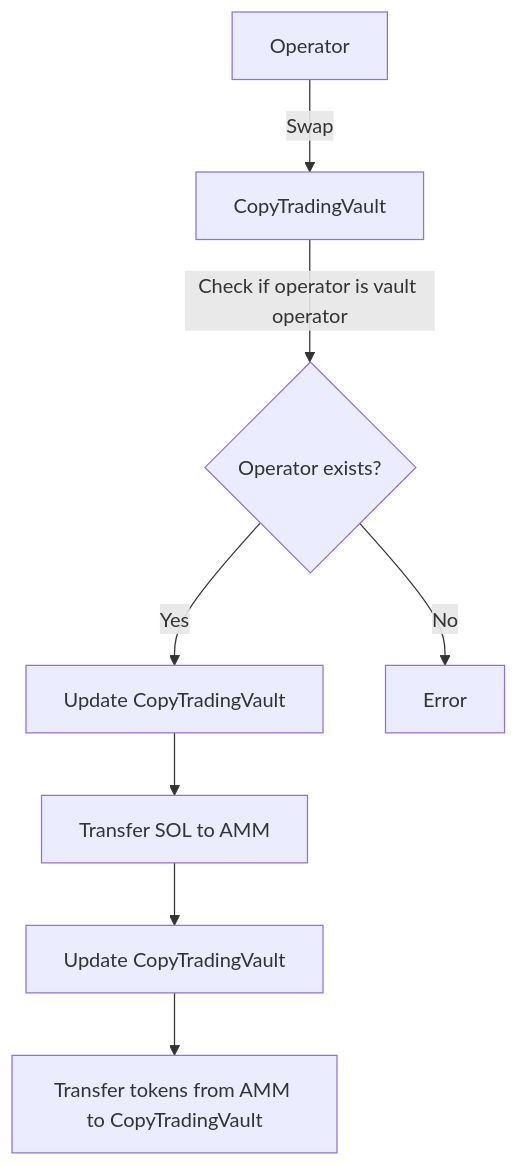
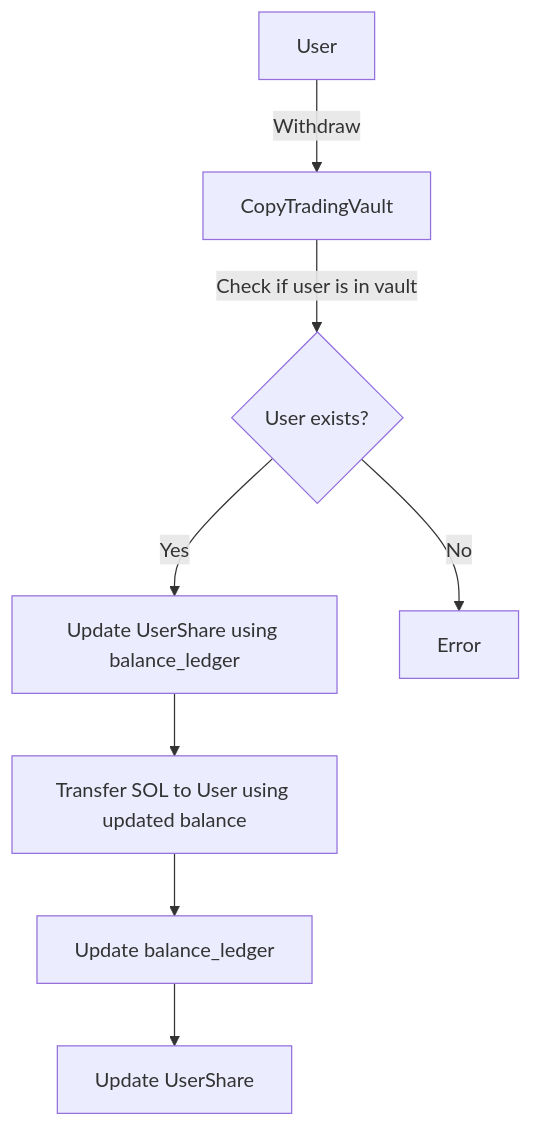
One commit to n3m6/Q2_25_Builder_Faraz changed the fifth of 5 diagrams in docs/Architecture.md. Above: the diagram before and after it, drawn with Mermaid. The commit also changed other lines of this file and 1 other file, not shown here.

````diff
--- a/docs/Architecture.md
+++ b/docs/Architecture.md
@@ -94,10 +112,10 @@
 ```mermaid
 flowchart TD
-    A[Operator] -->|Swap| B[CopyTradingVault]
-    B -->|Check if operator is vault operator| C{Operator exists?}
-    C -->|Yes| D[Update CopyTradingVault]
+    A[User] -->|Withdraw| B[CopyTradingVault]
+    B -->|Check if user is in vault| C{User exists?}
+    C -->|Yes| D[Update UserShare using balance_ledger]
     C -->|No| E[Error]
-    D --> F[Transfer SOL to AMM]
-    F --> G[Update CopyTradingVault]
-    G --> H[Transfer tokens from AMM to CopyTradingVault]
+    D --> F[Transfer SOL to User using updated balance]
+    F --> G[Update balance_ledger]
+    G --> H[Update UserShare]
 ```
````
